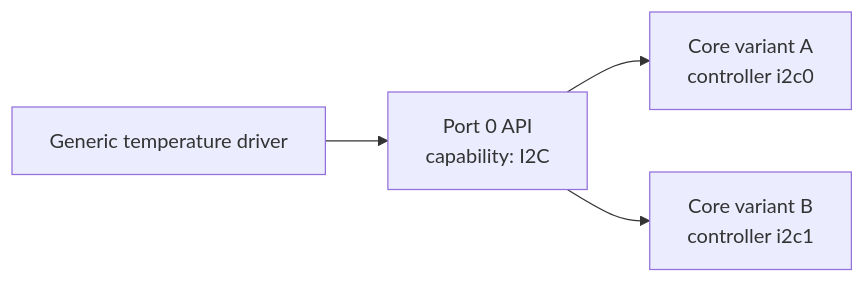
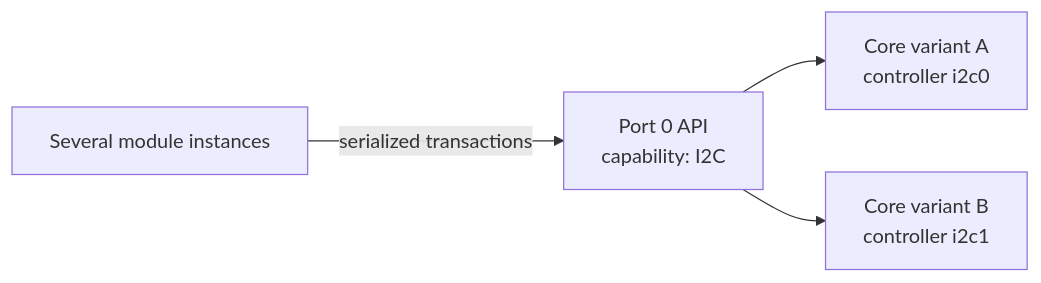
Before and after one commit to andreapiccini/SpaghettiLAB: the sixth of 18 diagrams in Firmware/core/ARCHITECTURE.md, drawn with Mermaid. The commit also changed other lines of this file and 62 other files, not shown here.

Commit message:
refactor to support for 1:N module in the same port

````diff
--- a/Firmware/core/ARCHITECTURE.md
+++ b/Firmware/core/ARCHITECTURE.md
@@ -204,11 +209,11 @@
 ```mermaid
 flowchart LR
-    DRIVER["Generic temperature driver"]
+    DRIVER["Several module instances"]
     PORT["Port 0 API <br/> capability: I2C"]
     C3["Core variant A <br/> controller i2c0"]
     S3["Core variant B <br/> controller i2c1"]
 
-    DRIVER --> PORT
+    DRIVER -->|"serialized transactions"| PORT
     PORT --> C3
     PORT --> S3
 ```
````
